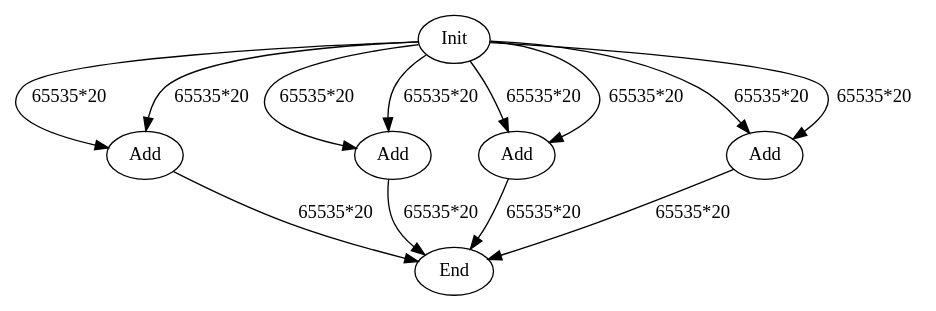
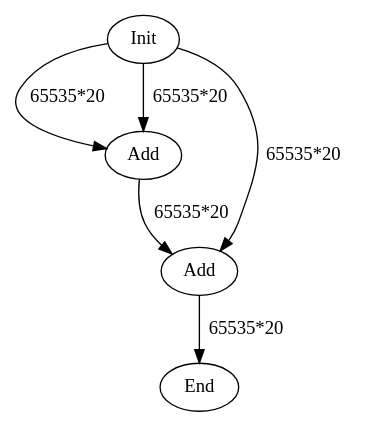
The diagram in data/graph_poly.dot (hal-lab-u-tokyo/PolyFHE), drawn with Graphviz before and after one commit. The commit also changed 5 other files, not shown here.

```diff
--- a/data/graph_poly.dot
+++ b/data/graph_poly.dot
@@ -1,20 +1,11 @@
 digraph G {
 Init[label="Init"];
 Add0[label="Add"];
 Add1[label="Add"];
-Add2[label="Add"];
-Add3[label="Add"];
 End[label="End"];
 Init -> Add0[label="65535*20"];
 Init -> Add0[label="65535*20"];
+Add0 -> Add1[label="65535*20"];
 Init -> Add1[label="65535*20"];
-Init -> Add1[label="65535*20"];
-Init -> Add2[label="65535*20"];
-Init -> Add2[label="65535*20"];
-Init -> Add3[label="65535*20"];
-Init -> Add3[label="65535*20"];
-Add0 -> End[label="65535*20"];
 Add1 -> End[label="65535*20"];
-Add2 -> End[label="65535*20"];
-Add3 -> End[label="65535*20"];
 }
```
